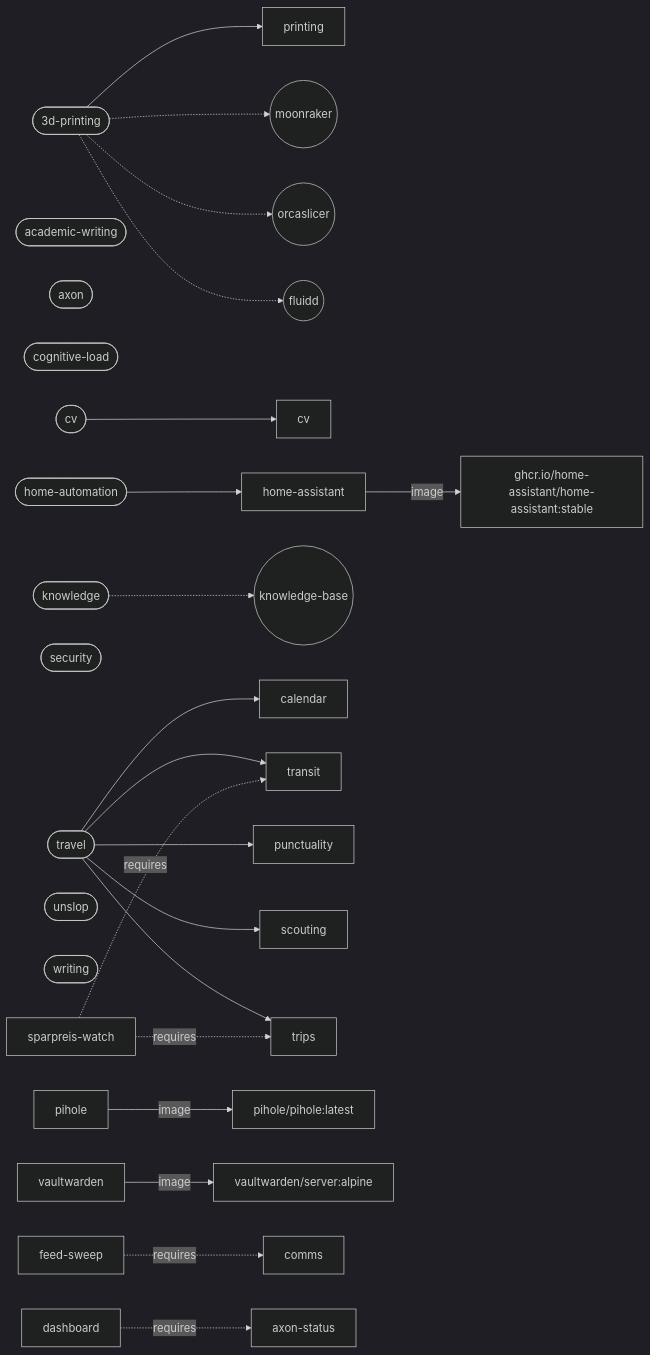
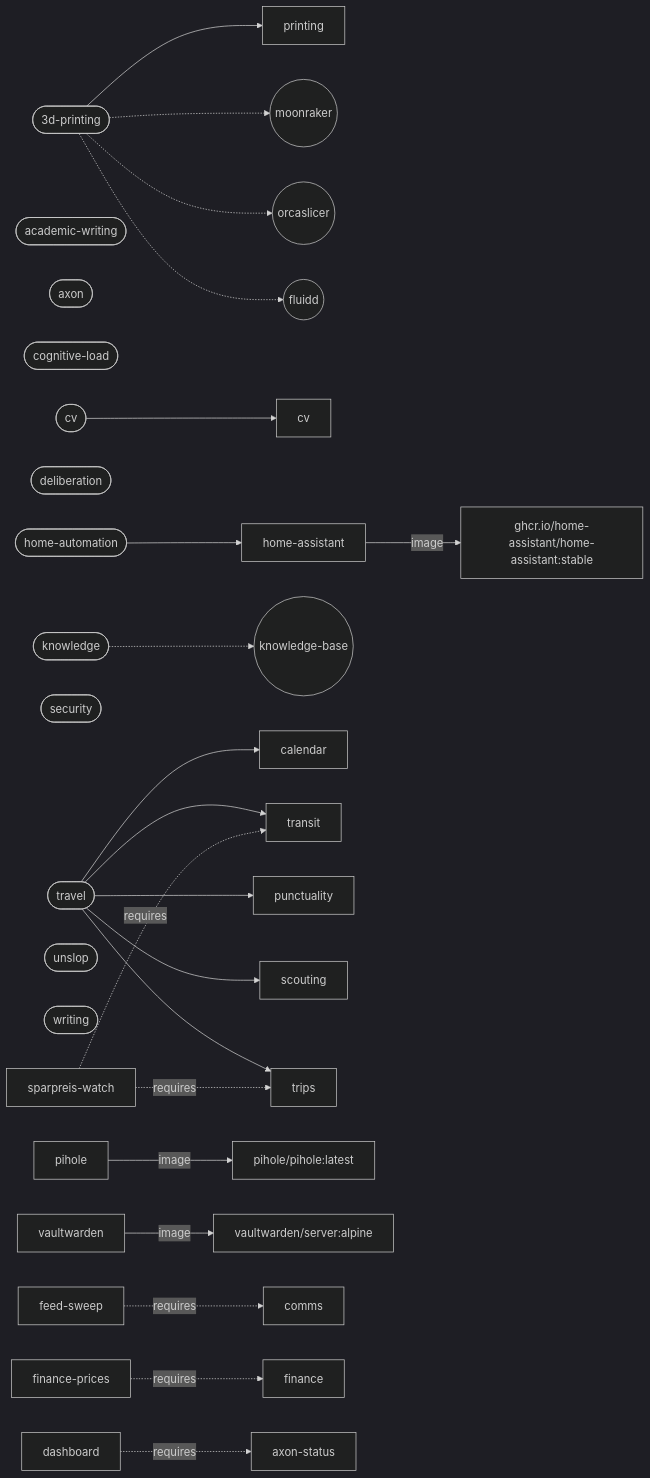
One commit to larsboes/Axon changed the diagram in ARCHITECTURE.md. Above: the diagram before and after it, drawn with Mermaid (dark theme). The commit also changed other lines of this file and 1 other file, not shown here.

First line of the commit message:
architecture and self-model: the generated views follow the night's merges

````diff
--- a/ARCHITECTURE.md
+++ b/ARCHITECTURE.md
@@ -143,33 +147,35 @@
 ```mermaid
 flowchart LR
   pack_3d_printing(["3d-printing"])
   pack_3d_printing --> cap_printing["printing"]
   pack_3d_printing -.-> sys_moonraker(("moonraker"))
   pack_3d_printing -.-> sys_orcaslicer(("orcaslicer"))
   pack_3d_printing -.-> sys_fluidd(("fluidd"))
   pack_academic_writing(["academic-writing"])
   pack_axon(["axon"])
   pack_cognitive_load(["cognitive-load"])
   pack_cv(["cv"])
   pack_cv --> cap_cv["cv"]
+  pack_deliberation(["deliberation"])
   pack_home_automation(["home-automation"])
   pack_home_automation --> cap_home_assistant["home-assistant"]
   pack_knowledge(["knowledge"])
   pack_knowledge -.-> sys_knowledge_base(("knowledge-base"))
   pack_security(["security"])
   pack_travel(["travel"])
   pack_travel --> cap_calendar["calendar"]
   pack_travel --> cap_transit["transit"]
   pack_travel --> cap_punctuality["punctuality"]
   pack_travel --> cap_scouting["scouting"]
   pack_travel --> cap_trips["trips"]
   pack_unslop(["unslop"])
   pack_writing(["writing"])
   cap_home_assistant["home-assistant"] -->|image| img_ghcr_io_home_assistant_home_assistant["ghcr.io/home-assistant/home-assistant:stable"]
   cap_pihole["pihole"] -->|image| img_pihole_pihole["pihole/pihole:latest"]
   cap_vaultwarden["vaultwarden"] -->|image| img_vaultwarden_server["vaultwarden/server:alpine"]
   cap_feed_sweep["feed-sweep"] -.->|requires| cap_comms["comms"]
+  cap_finance_prices["finance-prices"] -.->|requires| cap_finance["finance"]
   cap_sparpreis_watch["sparpreis-watch"] -.->|requires| cap_transit["transit"]
   cap_sparpreis_watch["sparpreis-watch"] -.->|requires| cap_trips["trips"]
   cap_dashboard["dashboard"] -.->|requires| cap_axon_status["axon-status"]
 ```
````
